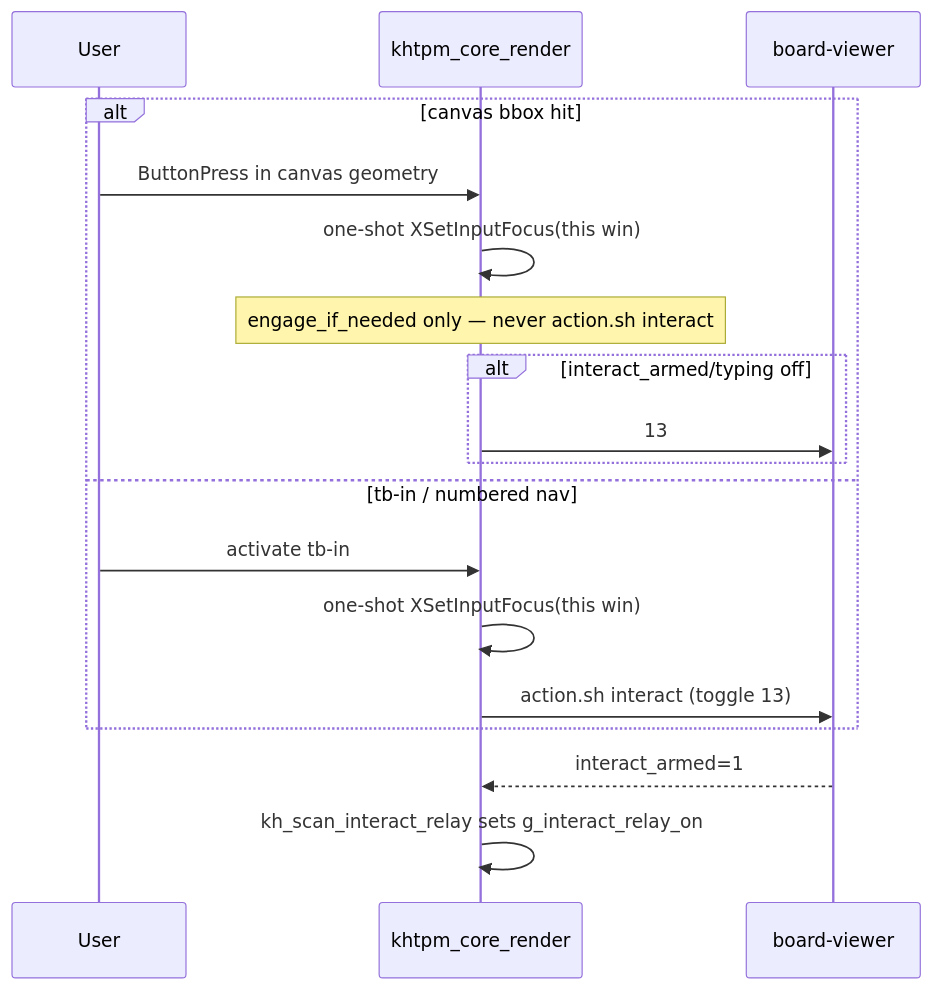
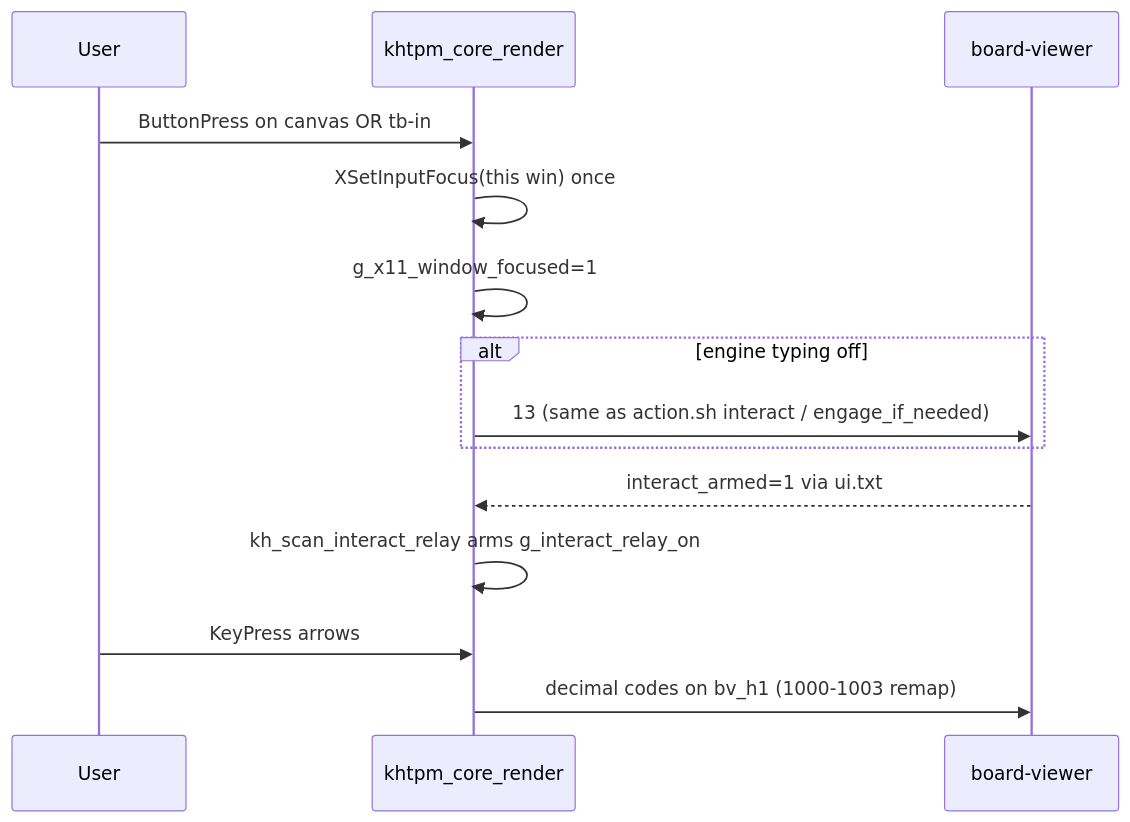
Before and after one commit to jbmbrooks1988-debug/russian-doll-all-bak: the third of 3 diagrams in ^.HORN-virgo/NNEST-12.00/x0.parent-level-dev-env-04.04/yz.muchiverse/#.#.calendar-dox/!.HQ-IQ-BOOK/08-roadmap/design-docs/PC-HQ-FOCUS-AND-INTERACT-ACTIVATE.md, drawn with Mermaid. The commit also changed other lines of this file and 21875 other files, not shown here.

````diff
--- a/^.HORN-virgo/NNEST-12.00/x0.parent-level-dev-env-04.04/yz.muchiverse/#.#.calendar-dox/!.HQ-IQ-BOOK/08-roadmap/design-docs/PC-HQ-FOCUS-AND-INTERACT-ACTIVATE.md
+++ b/^.HORN-virgo/NNEST-12.00/x0.parent-level-dev-env-04.04/yz.muchiverse/#.#.calendar-dox/!.HQ-IQ-BOOK/08-roadmap/design-docs/PC-HQ-FOCUS-AND-INTERACT-ACTIVATE.md
@@ -160,20 +139,16 @@
 ```mermaid
 sequenceDiagram
     participant User
     participant R as khtpm_core_render
     participant E as board-viewer
-    alt canvas bbox hit
-        User->>R: ButtonPress in canvas geometry
-        R->>R: one-shot XSetInputFocus(this win)
-        Note over R: engage_if_needed only — never action.sh interact
-        alt interact_armed/typing off
-            R->>E: 13
-        end
-    else tb-in / numbered nav
-        User->>R: activate tb-in
-        R->>R: one-shot XSetInputFocus(this win)
-        R->>E: action.sh interact (toggle 13)
+    User->>R: ButtonPress on canvas OR tb-in
+    R->>R: XSetInputFocus(this win) once
+    R->>R: g_x11_window_focused=1
+    alt engine typing off
+        R->>E: 13 (same as action.sh interact / engage_if_needed)
     end
-    E-->>R: interact_armed=1
-    R->>R: kh_scan_interact_relay sets g_interact_relay_on
+    E-->>R: interact_armed=1 via ui.txt
+    R->>R: kh_scan_interact_relay arms g_interact_relay_on
+    User->>R: KeyPress arrows
+    R->>E: decimal codes on bv_h1 (1000-1003 remap)
 ```
````
